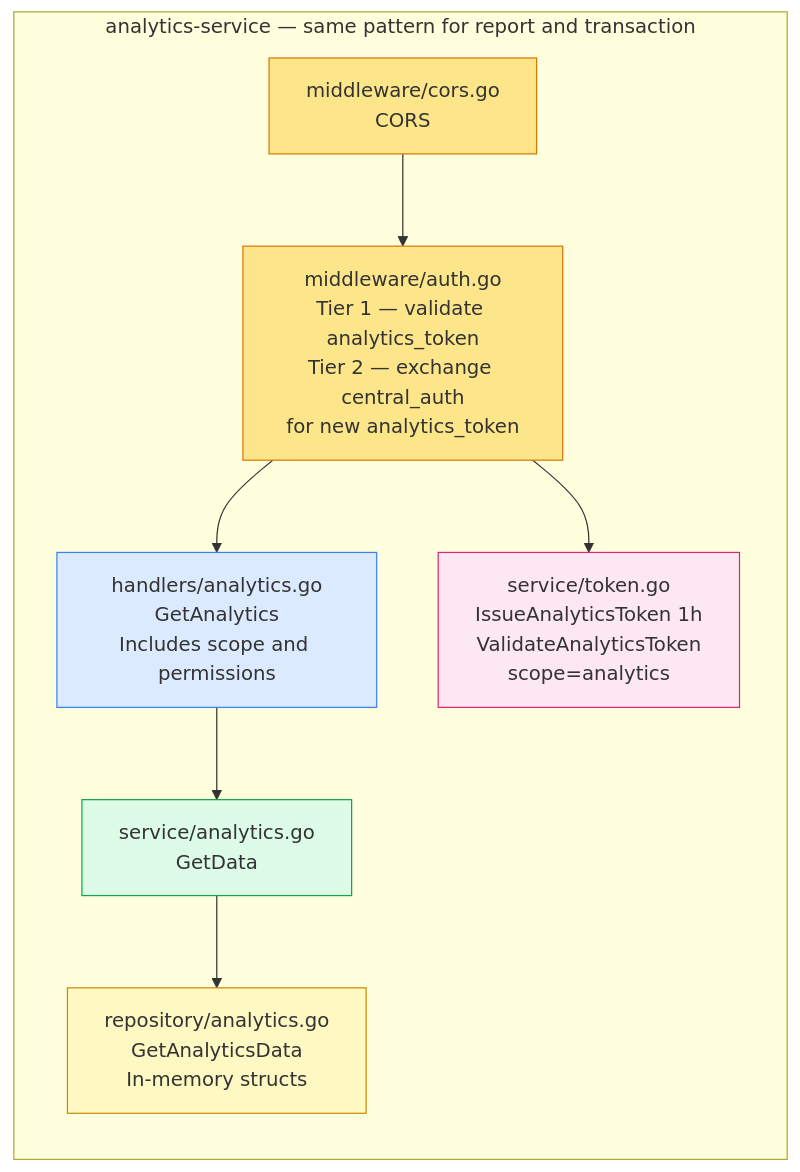
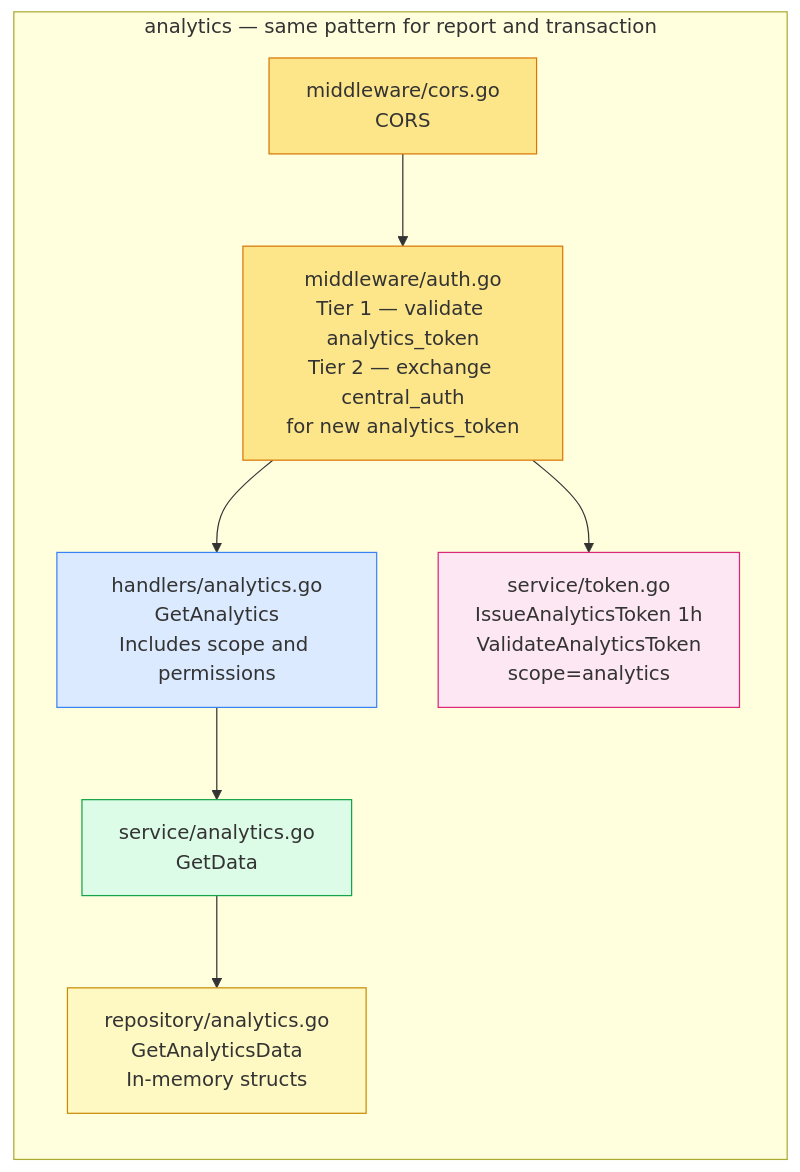
One commit to dimiklabs/central-auth changed diagram 11 of 15 in docs/architecture.md. Above: the diagram before and after it, drawn with Mermaid. The commit also changed other lines of this file and 88 other files, not shown here.

````diff
--- a/docs/architecture.md
+++ b/docs/architecture.md
@@ -351,25 +351,25 @@
 ```mermaid
 graph LR
-    subgraph analytics ["analytics-service — same pattern for report and transaction"]
+    subgraph analytics ["analytics — same pattern for report and transaction"]
         MW1["middleware/cors.go\nCORS"]
         MW2["middleware/auth.go\nTier 1 — validate analytics_token\nTier 2 — exchange central_auth\nfor new analytics_token"]
         H["handlers/analytics.go\nGetAnalytics\nIncludes scope and permissions"]
         SD["service/analytics.go\nGetData"]
         ST["service/token.go\nIssueAnalyticsToken 1h\nValidateAnalyticsToken\nscope=analytics"]
         R["repository/analytics.go\nGetAnalyticsData\nIn-memory structs"]
     end
 
     MW1 --> MW2 --> H --> SD --> R
     MW2 --> ST
 
     classDef mw fill:#fde68a,stroke:#d97706
     classDef h fill:#dbeafe,stroke:#3b82f6
     classDef s fill:#dcfce7,stroke:#16a34a
     classDef token fill:#fce7f3,stroke:#db2777
     classDef r fill:#fef9c3,stroke:#ca8a04
     class MW1,MW2 mw
     class H h
     class SD s
     class ST token
     class R r
 ```
````
